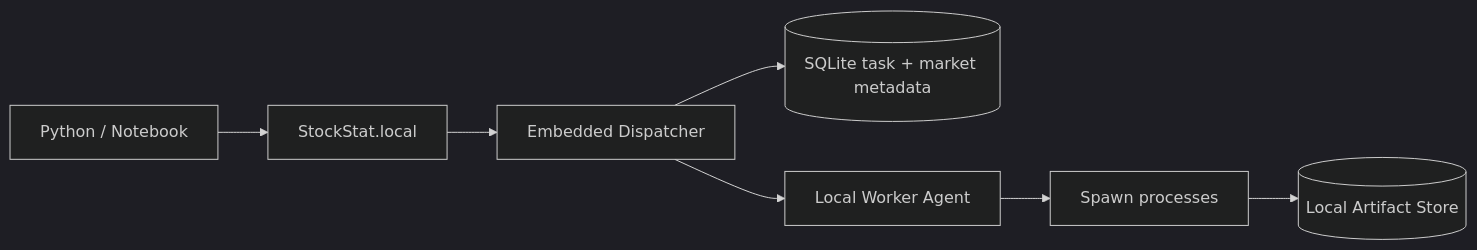
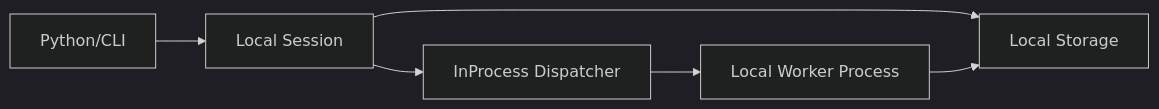
One commit to RESBI/StockStatistic changed the sixth of 10 diagrams in V31design/designV31/DESIGN_ARCH_V31.md. Above: the diagram before and after it, drawn with Mermaid (dark theme). The commit also changed other lines of this file and 18 other files, not shown here.

Commit message:
V3.1 docs: finalize architecture and delivery plan

````diff
--- a/V31design/designV31/DESIGN_ARCH_V31.md
+++ b/V31design/designV31/DESIGN_ARCH_V31.md
@@ -420,9 +361,8 @@
 ```mermaid
-graph LR
-    U[Python / Notebook] --> SDK[StockStat.local]
-    SDK --> D[Embedded Dispatcher]
-    D --> DB[(SQLite task + market metadata)]
-    D --> W[Local Worker Agent]
-    W --> P[Spawn processes]
-    P --> FS[(Local Artifact Store)]
+flowchart LR
+    U[Python/CLI] --> L[Local Session]
+    L --> D[InProcess Dispatcher]
+    L --> S[Local Storage]
+    D --> W[Local Worker Process]
+    W --> S
 ```
````
